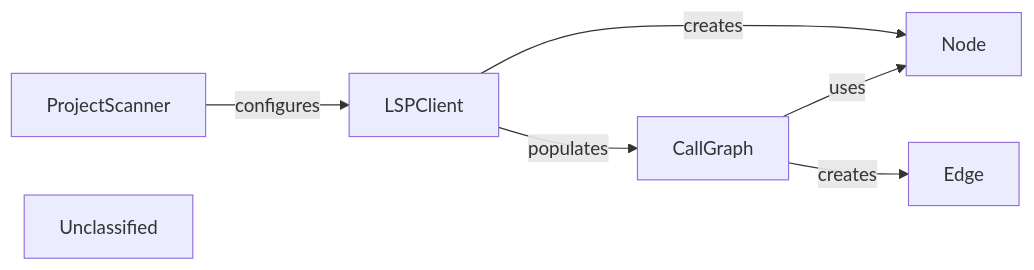
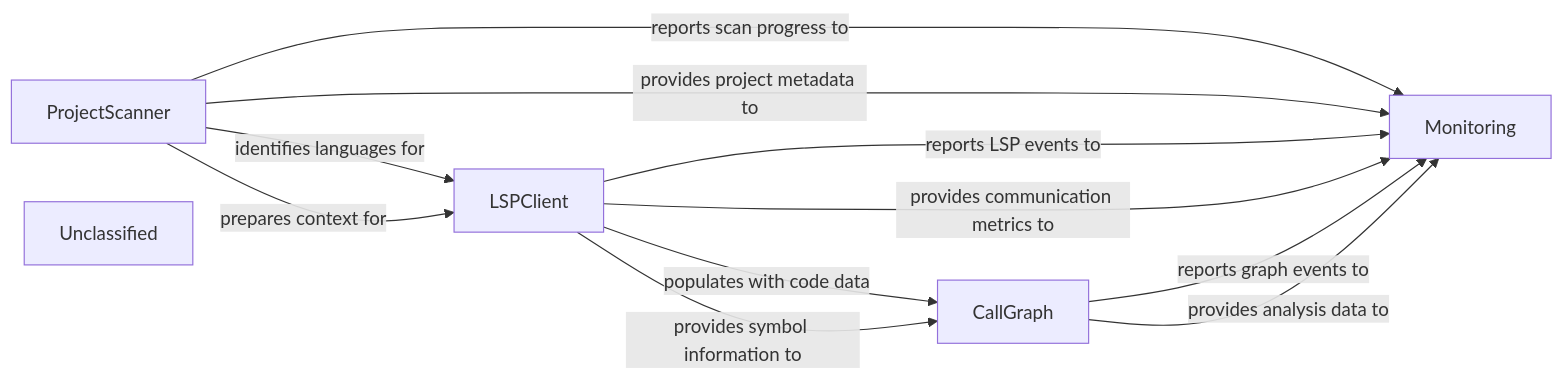
One commit to CodeBoarding/CodeBoarding changed the diagram in .codeboarding/Static_Analysis_Engine.md. Above: the diagram before and after it, drawn with Mermaid. The commit also changed other lines of this file and 21 other files, not shown here.

First line of the commit message:
docs: update codeboarding documentation and generate architecture

````diff
--- a/.codeboarding/Static_Analysis_Engine.md
+++ b/.codeboarding/Static_Analysis_Engine.md
@@ -1,14 +1,18 @@
 ```mermaid
 graph LR
     ProjectScanner["ProjectScanner"]
     LSPClient["LSPClient"]
     CallGraph["CallGraph"]
-    Node["Node"]
-    Edge["Edge"]
+    Monitoring["Monitoring"]
     Unclassified["Unclassified"]
-    ProjectScanner -- "configures" --> LSPClient
-    LSPClient -- "populates" --> CallGraph
-    LSPClient -- "creates" --> Node
-    CallGraph -- "uses" --> Node
-    CallGraph -- "creates" --> Edge
+    ProjectScanner -- "identifies languages for" --> LSPClient
+    ProjectScanner -- "prepares context for" --> LSPClient
+    LSPClient -- "populates with code data" --> CallGraph
+    LSPClient -- "provides symbol information to" --> CallGraph
+    ProjectScanner -- "reports scan progress to" --> Monitoring
+    ProjectScanner -- "provides project metadata to" --> Monitoring
+    LSPClient -- "reports LSP events to" --> Monitoring
+    LSPClient -- "provides communication metrics to" --> Monitoring
+    CallGraph -- "reports graph events to" --> Monitoring
+    CallGraph -- "provides analysis data to" --> Monitoring
 ```
````
